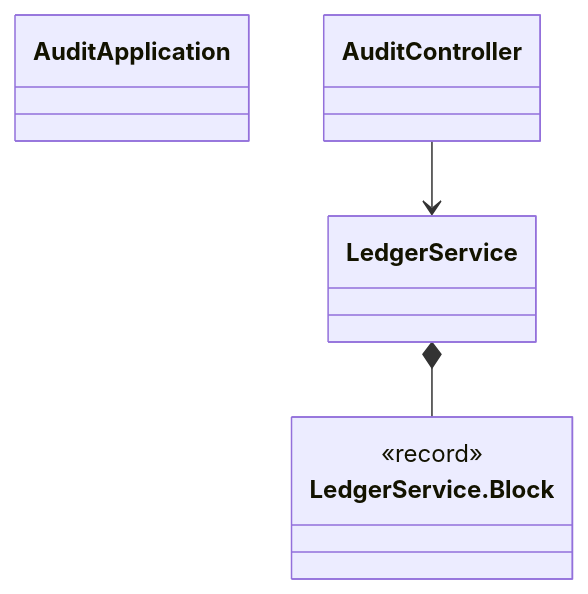
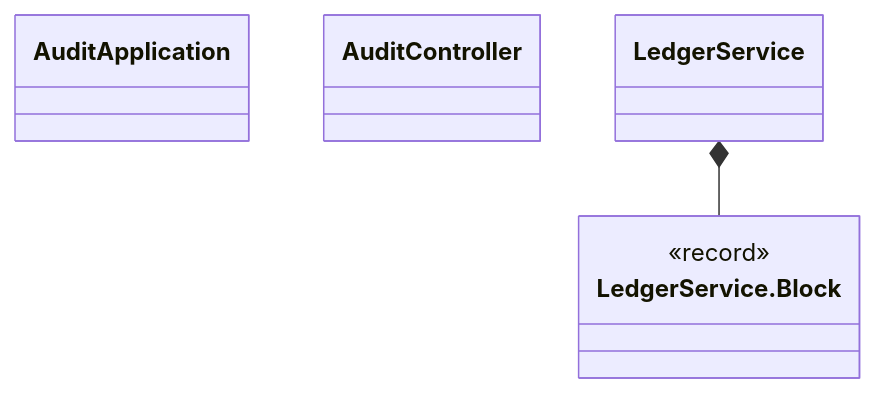
The first of 5 diagrams in docs/class-diagrams.md (AlexLiong/grade-management-system), drawn with Mermaid before and after one commit. The commit also changed other lines of this file and 11 other files, not shown here.

````diff
--- a/docs/class-diagrams.md
+++ b/docs/class-diagrams.md
@@ -7,10 +7,9 @@
 ```mermaid
 classDiagram
     class AuditApplication["AuditApplication"]
     class AuditController["AuditController"]
     class LedgerService["LedgerService"]
     class LedgerService_Block["LedgerService.Block"]
     <<record>> LedgerService_Block
     LedgerService *-- LedgerService_Block
-    AuditController --> LedgerService
 ```
````
